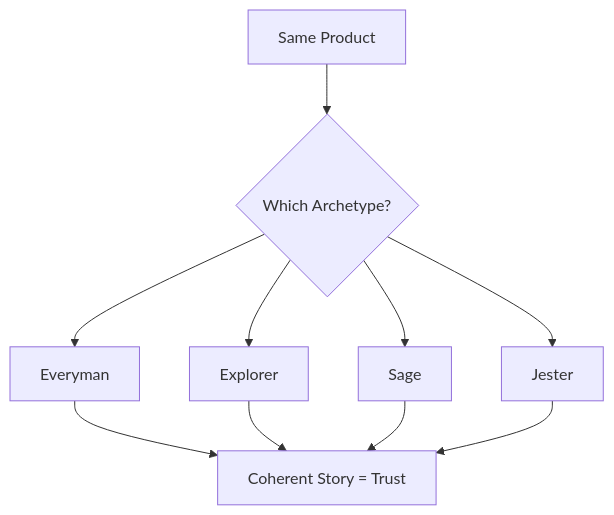
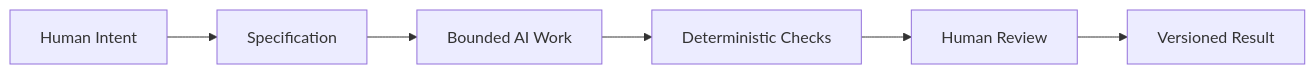
The diagram in book/05-synthesis.md (KonradSikorski5/is117_test_Konrad), drawn with Mermaid before and after one commit. The commit also changed other lines of this file and 1 other file, not shown here.

````diff
--- a/book/05-synthesis.md
+++ b/book/05-synthesis.md
@@ -48,12 +49,8 @@
 ```mermaid
-flowchart TD
-    A[Same Product] --> B{Which Archetype?}
-    B --> C[Everyman]
-    B --> D[Explorer]
-    B --> E[Sage]
-    B --> F[Jester]
-    C --> G[Coherent Story = Trust]
-    D --> G
-    E --> G
-    F --> G
+flowchart LR
+    A[Human Intent] --> B[Specification]
+    B --> C[Bounded AI Work]
+    C --> D[Deterministic Checks]
+    D --> E[Human Review]
+    E --> F[Versioned Result]
 ```
````
